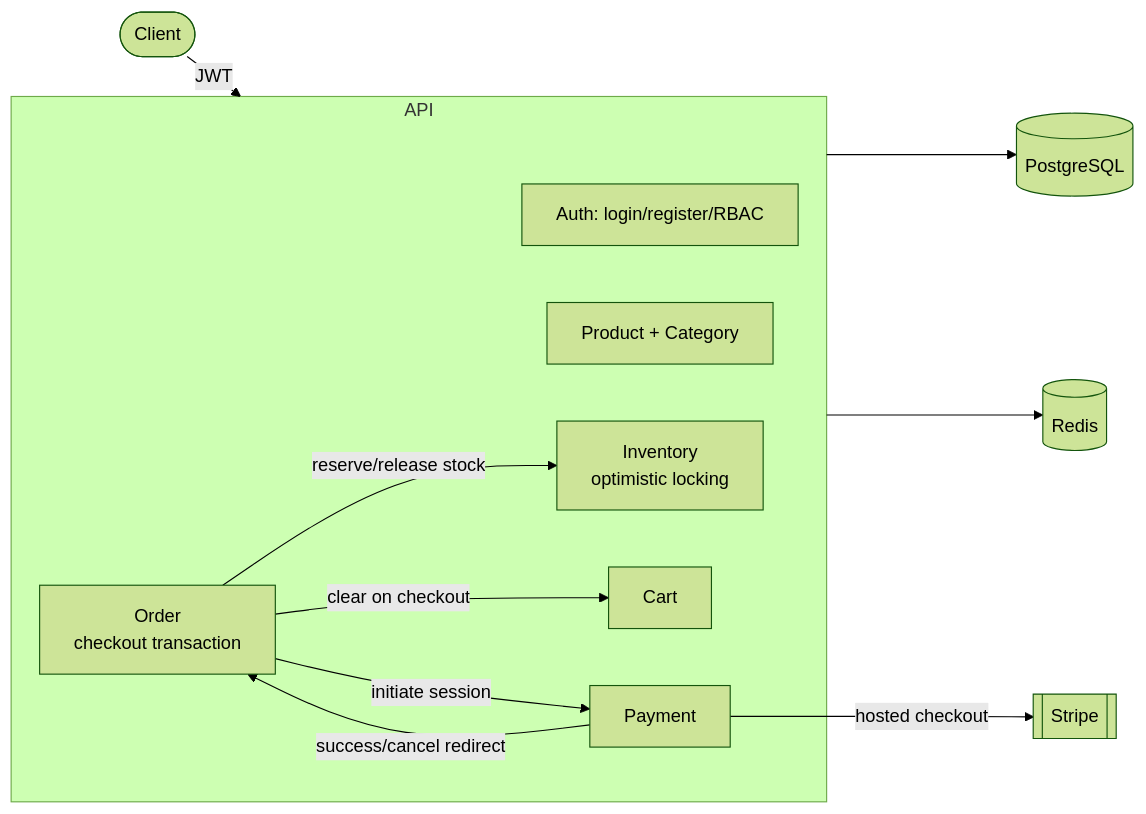
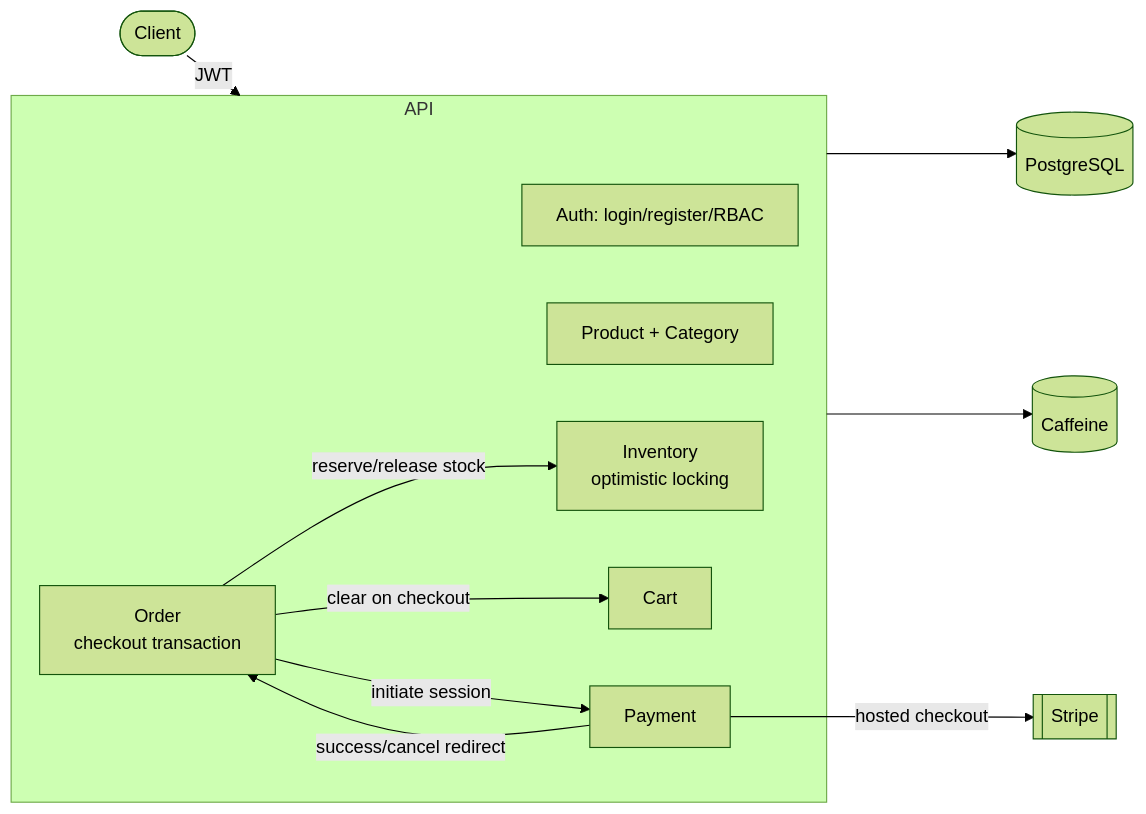
The diagram in README.md (PialKanti/ecommerce-backend), drawn with Mermaid (forest theme) before and after one commit. The commit also changed other lines of this file and 10 other files, not shown here.

Commit message:
Remove Redis integration and transition to in-memory caching with Caffeine

````diff
--- a/README.md
+++ b/README.md
@@ -92,22 +93,22 @@
 ```mermaid
 flowchart LR
     Client([Client])
     Client -->|JWT| API[Spring Boot API]
 
     subgraph API
         Auth[Auth: login/register/RBAC]
         Catalog[Product + Category]
         Inv[Inventory\noptimistic locking]
         Cart[Cart]
         Order[Order\ncheckout transaction]
         Pay[Payment]
     end
 
     API --> DB[(PostgreSQL)]
-    API --> Cache[(Redis)]
+    API --> Cache[(Caffeine)]
     Order -->|reserve/release stock| Inv
     Order -->|clear on checkout| Cart
     Order -->|initiate session| Pay
     Pay -->|hosted checkout| Stripe[[Stripe]]
     Pay -->|success/cancel redirect| Order
 ```
````
